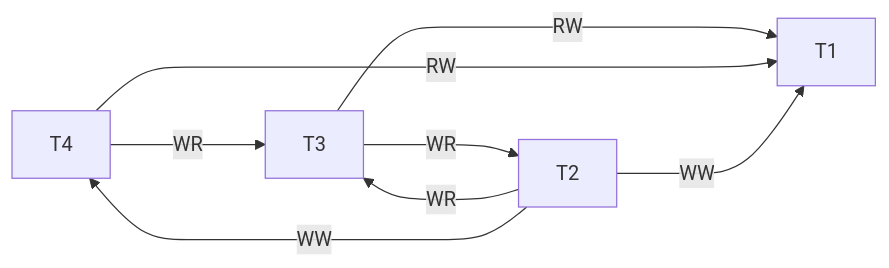
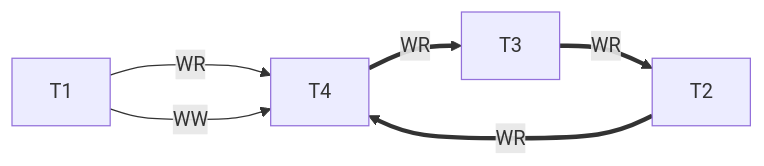
Before and after one commit to Tiggax/Zapiski: the third of 3 diagrams in 2. Letnik/Osnove podatkovnih baz/3. Domača Naloga.md, drawn with Mermaid. The commit also changed 1 other file, not shown here.

Commit message:
flyingarchie backup: 2022-01-09 16:40:15

````diff
--- a/2. Letnik/Osnove podatkovnih baz/3. Domača Naloga.md
+++ b/2. Letnik/Osnove podatkovnih baz/3. Domača Naloga.md
@@ -173,8 +173,8 @@
 ```mermaid
 graph LR
-T4-- WR --->T3-- WR --->T2-- WR --->
+T4== WR ==>T3== WR ==>T2== WR ==>T4
 
-T3-- RW --->T1
-T2-- WW --->T4-- RW --->T1
-T2-- WW --->T1
+T1-- WR --->T4
+T1-- WW --->T4
+
 ```
````
